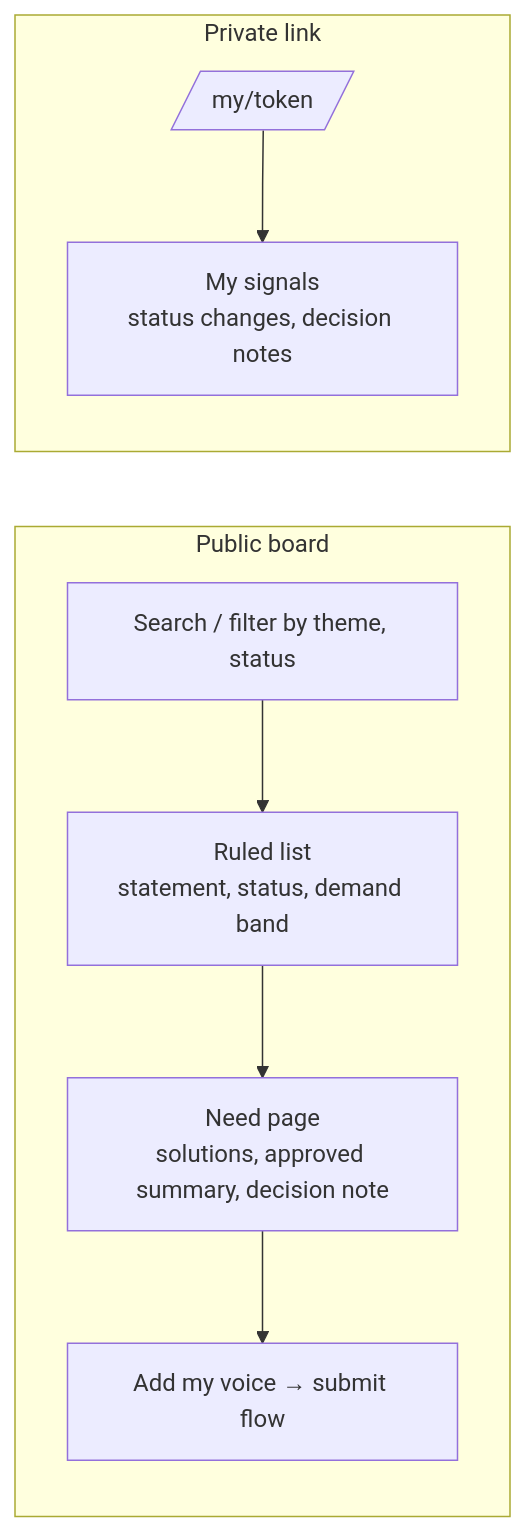
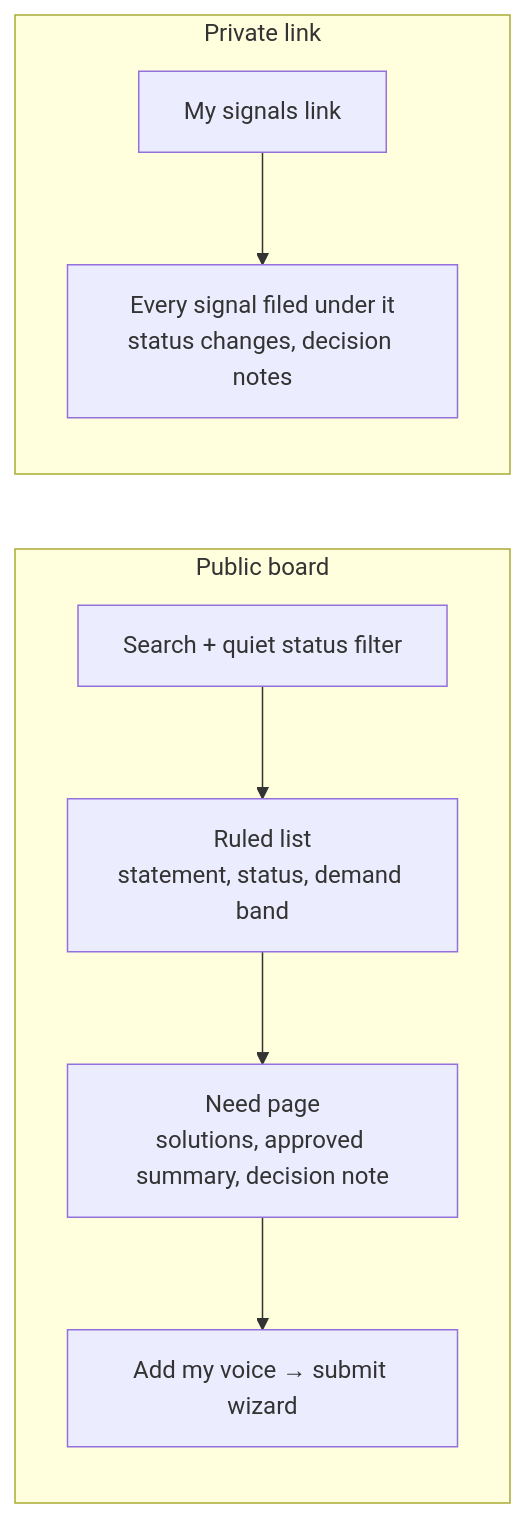
Before and after one commit to gaboesquivel/flow-signal: the fourth of 9 diagrams in docs/harness/product-workflows.md, drawn with Mermaid. The commit also changed other lines of this file and 7 other files, not shown here.

First line of the commit message:
docs(harness): refresh diagrams for specs 006, 007, and 010 (#12)

````diff
--- a/docs/harness/product-workflows.md
+++ b/docs/harness/product-workflows.md
@@ -55,11 +56,11 @@
 ```mermaid
 flowchart LR
   subgraph Public board
-    Q[Search / filter by theme, status] --> L[Ruled list<br/>statement, status, demand band]
+    Q[Search + quiet status filter] --> L[Ruled list<br/>statement, status, demand band]
     L --> ND[Need page<br/>solutions, approved summary, decision note]
-    ND --> SUB[Add my voice → submit flow]
+    ND --> SUB[Add my voice → submit wizard]
   end
   subgraph Private link
-    TOK[/my/token/] --> MS[My signals<br/>status changes, decision notes]
+    TOK[My signals link] --> MS[Every signal filed under it<br/>status changes, decision notes]
   end
 ```
````
